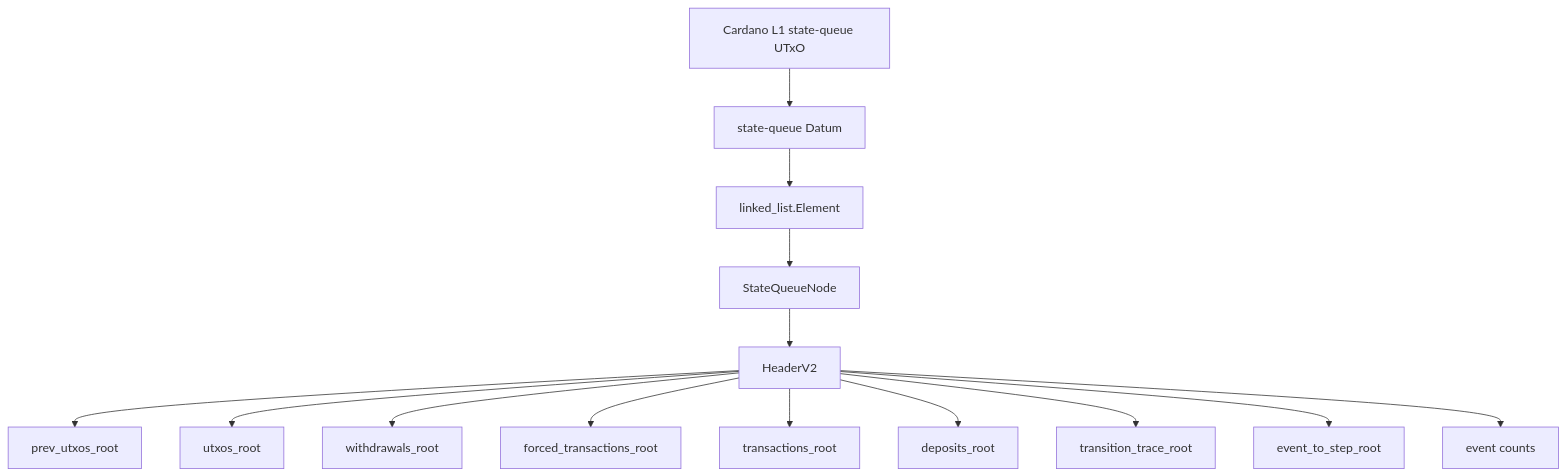
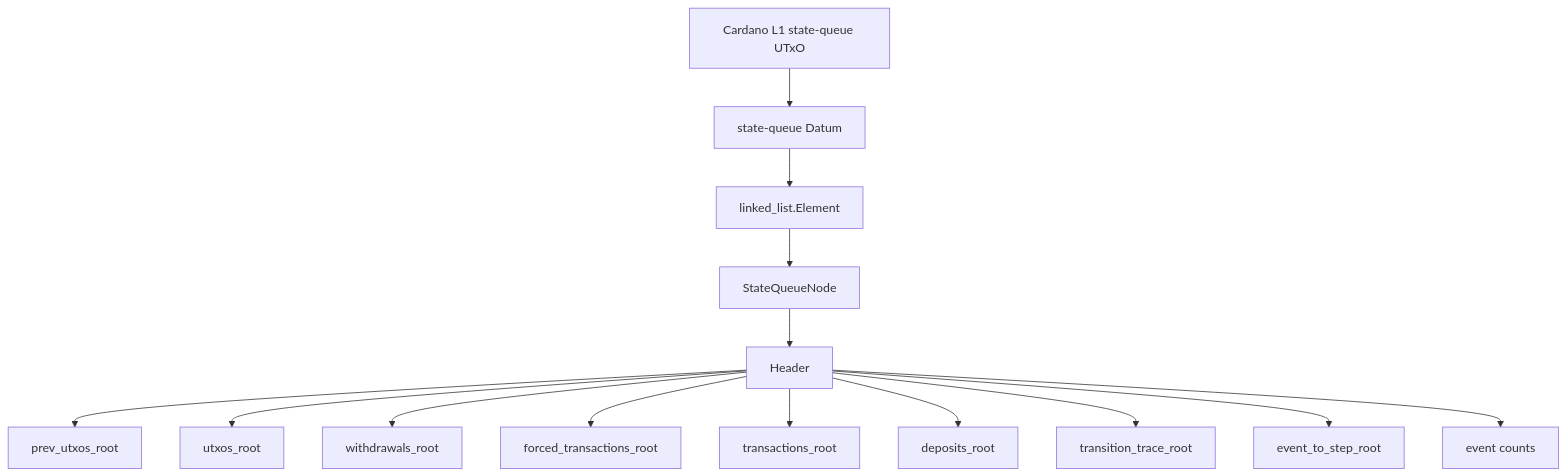
One commit to Anastasia-Labs/midgard changed the first of 4 diagrams in demo/midgard-node/docs/TRANSITION_TRACE_COMMITMENTS.md. Above: the diagram before and after it, drawn with Mermaid. The commit also changed other lines of this file and 263 other files, not shown here.

````diff
--- a/demo/midgard-node/docs/TRANSITION_TRACE_COMMITMENTS.md
+++ b/demo/midgard-node/docs/TRANSITION_TRACE_COMMITMENTS.md
@@ -145,23 +145,23 @@
 ```mermaid
 flowchart TD
   L1["Cardano L1 state-queue UTxO"]
   Datum["state-queue Datum"]
   Elem["linked_list.Element"]
   Node["StateQueueNode"]
-  Header["HeaderV2"]
+  Header["Header"]
 
   L1 --> Datum
   Datum --> Elem
   Elem --> Node
   Node --> Header
 
   Header --> Prev["prev_utxos_root"]
   Header --> Utxos["utxos_root"]
   Header --> Withdrawals["withdrawals_root"]
   Header --> Forced["forced_transactions_root"]
   Header --> Txs["transactions_root"]
   Header --> Deposits["deposits_root"]
   Header --> Trace["transition_trace_root"]
   Header --> EventStep["event_to_step_root"]
   Header --> Counts["event counts"]
 ```
````
